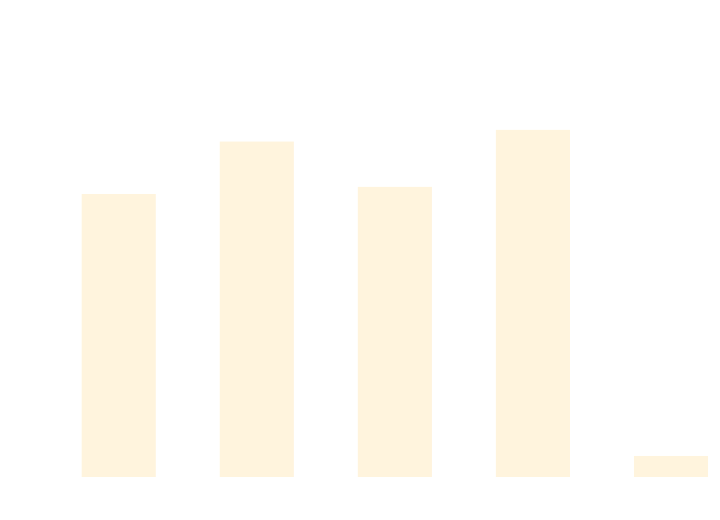
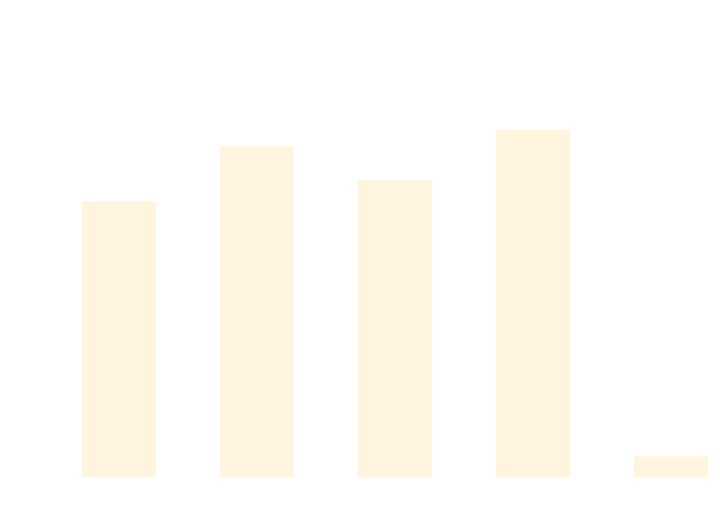
Before and after one commit to thomhurst/TUnit: the diagram in docs/docs/benchmarks/DataDrivenTests.md, drawn with Mermaid. The commit also changed other lines of this file and 17 other files, not shown here.

````diff
--- a/docs/docs/benchmarks/DataDrivenTests.md
+++ b/docs/docs/benchmarks/DataDrivenTests.md
@@ -27,37 +27,37 @@
 ```mermaid
 %%{init: {
   'theme':'base',
   'themeVariables': {
     'primaryColor': '#2563eb',
     'primaryTextColor': '#ffffff',
     'primaryBorderColor': '#1e40af',
     'lineColor': '#6b7280',
     'secondaryColor': '#7c3aed',
     'tertiaryColor': '#dc2626',
     'background': '#ffffff',
     'mainBkg': '#2563eb',
     'secondBkg': '#7c3aed',
     'tertiaryBkg': '#dc2626',
     'clusterBkg': '#f3f4f6',
     'edgeLabelBackground': '#ffffff',
     'tertiaryTextColor': '#1f2937',
     'pie1': '#2563eb',
     'pie2': '#7c3aed',
     'pie3': '#dc2626',
     'pie4': '#f59e0b',
     'pie5': '#10b981',
     'pie6': '#06b6d4',
     'pie7': '#ec4899',
     'pie8': '#6366f1',
     'pie9': '#84cc16',
     'pie10': '#f97316',
     'pie11': '#14b8a6',
     'pie12': '#a855f7'
   }
 }}%%
 xychart-beta
   title "DataDrivenTests Performance Comparison"
   x-axis ["TUnit", "NUnit", "MSTest", "xUnit3", "TUnit_AOT"]
-  y-axis "Time (ms)" 0 --> 679
-  bar [458.82, 546.29, 470.69, 565.78, 21.76]
+  y-axis "Time (ms)" 0 --> 690
+  bar [453.61, 546.73, 490.42, 574.88, 21.26]
 ```
````
